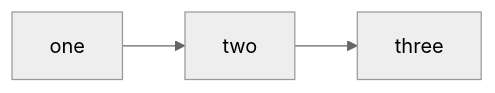
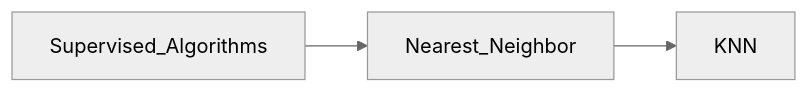
The first of 2 diagrams in ML_Tree.md (hwetsman/Public_Notes), drawn with Mermaid (neutral theme) before and after one commit.

Commit message:
chore: replaced example with words

````diff
--- a/ML_Tree.md
+++ b/ML_Tree.md
@@ -1,9 +1,9 @@
 ```mermaid
 flowchart LR
-  one --> two
-  two --> three
+  Supervised_Algorithms --> Nearest_Neighbor
+  Nearest_Neighbor --> KNN
 
 
 
 
 ```
````
